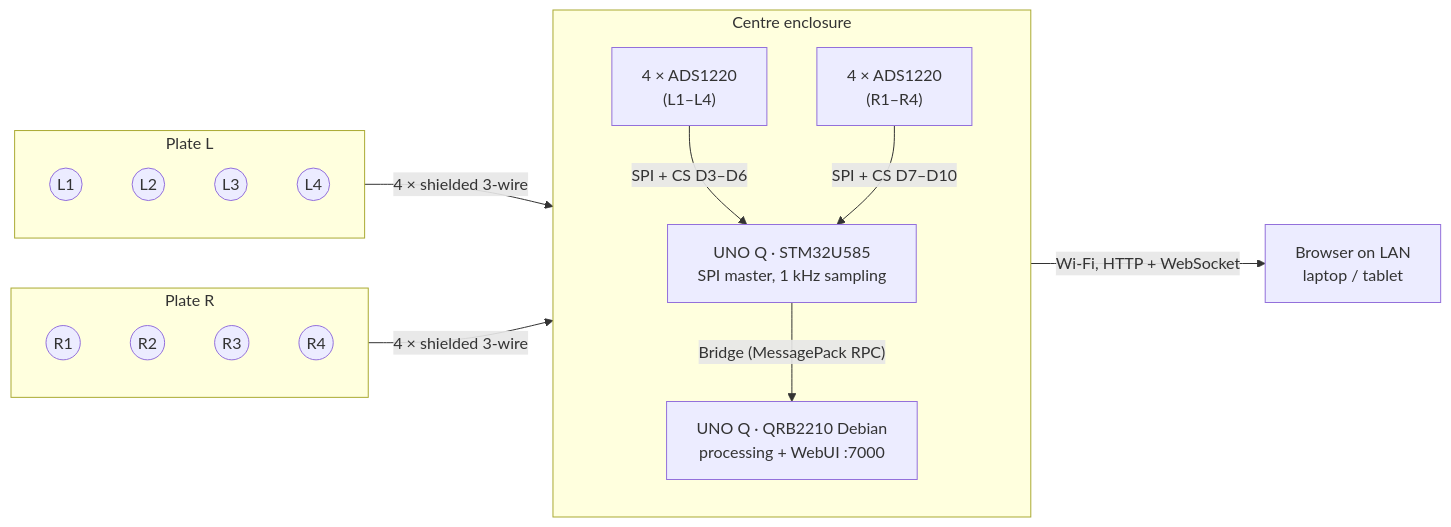
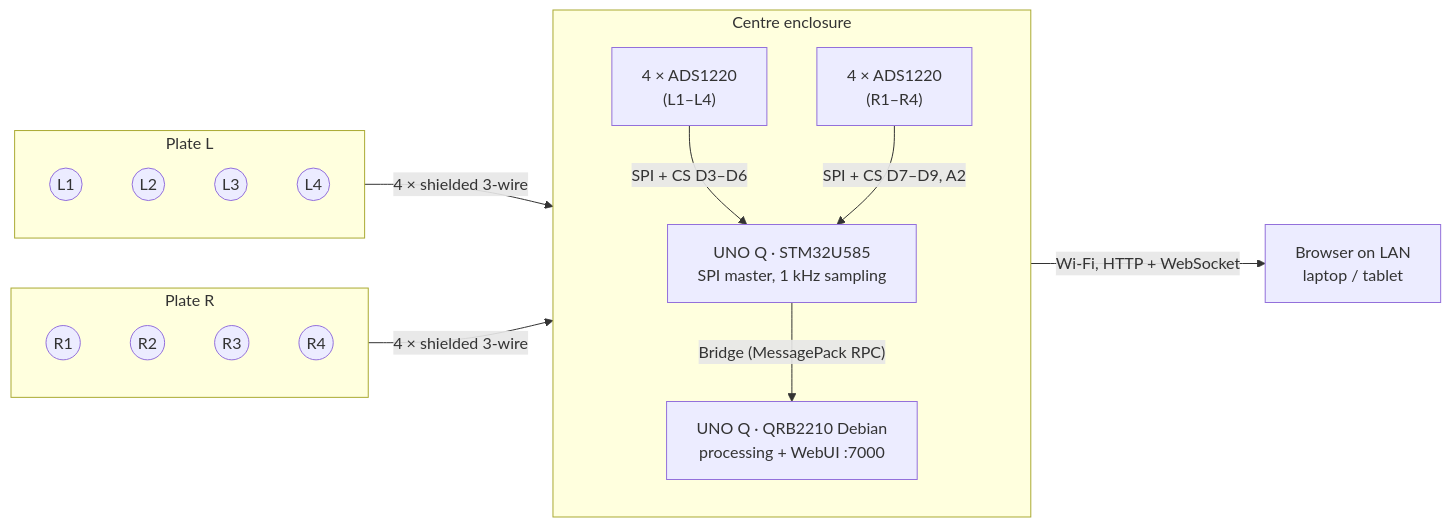
The diagram in docs/PROJECT_INIT.md (open-flight/open-fp), drawn with Mermaid before and after one commit. The commit also changed other lines of this file and 2 other files, not shown here.

````diff
--- a/docs/PROJECT_INIT.md
+++ b/docs/PROJECT_INIT.md
@@ -258,22 +258,22 @@
 ```mermaid
 flowchart LR
   subgraph PL["Plate L"]
     L1((L1)) & L2((L2)) & L3((L3)) & L4((L4))
   end
   subgraph PR["Plate R"]
     R1((R1)) & R2((R2)) & R3((R3)) & R4((R4))
   end
   subgraph ENC["Centre enclosure"]
     direction TB
     ADCL["4 × ADS1220<br/>(L1–L4)"]
     ADCR["4 × ADS1220<br/>(R1–R4)"]
     MCU["UNO Q · STM32U585<br/>SPI master, 1 kHz sampling"]
     MPU["UNO Q · QRB2210 Debian<br/>processing + WebUI :7000"]
     ADCL -- "SPI + CS D3–D6" --> MCU
-    ADCR -- "SPI + CS D7–D10" --> MCU
+    ADCR -- "SPI + CS D7–D9, A2" --> MCU
     MCU -- "Bridge (MessagePack RPC)" --> MPU
   end
   PL -- "4 × shielded 3-wire" --> ADCL
   PR -- "4 × shielded 3-wire" --> ADCR
   MPU -- "Wi-Fi, HTTP + WebSocket" --> UI["Browser on LAN<br/>laptop / tablet"]
 ```
````
